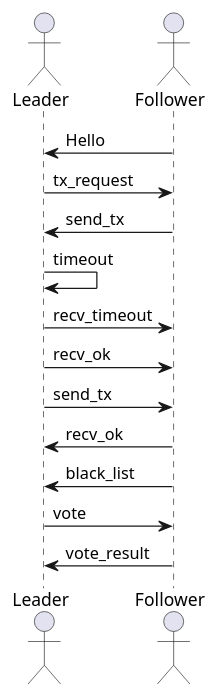
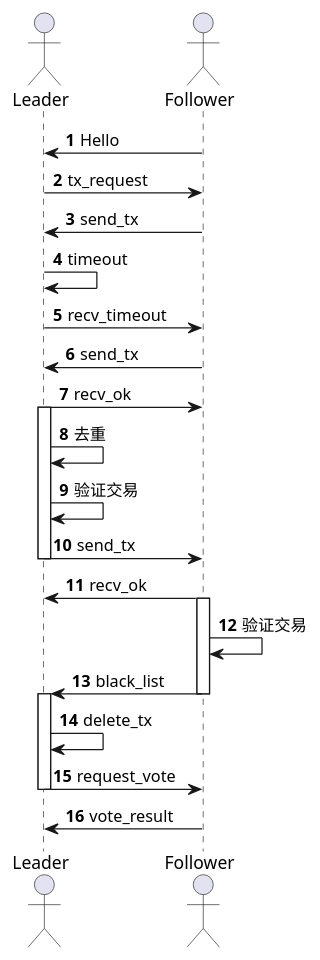
One commit to alvinleee/matrix-work changed the diagram in doc/leader-follower-uml.wsd. Above: the diagram before and after it, drawn with PlantUML.

Commit message:
update leaderFollowerUML

```diff
--- a/doc/leader-follower-uml.wsd
+++ b/doc/leader-follower-uml.wsd
@@ -1,19 +1,31 @@
 @startuml
 
 actor Leader
 actor Follower
-
+autonumber
 Follower->Leader:   Hello
 Leader->Follower:   tx_request
 Follower->Leader:   send_tx
 Leader->Leader:     timeout
 Leader->Follower:   recv_timeout
+Follower->Leader:   send_tx
 Leader->Follower:   recv_ok
+activate Leader
+Leader->Leader:     去重
+Leader->Leader:     验证交易
 Leader->Follower:   send_tx
+deactivate Leader
 Follower->Leader:   recv_ok
+activate Follower
+Follower->Follower: 验证交易
 Follower->Leader:   black_list
-Leader->Follower:   vote
+deactivate Follower
+
+activate Leader
+Leader->Leader:     delete_tx
+Leader->Follower:   request_vote
+deactivate Leader
 Follower->Leader:   vote_result
 
 
 @enduml
```
